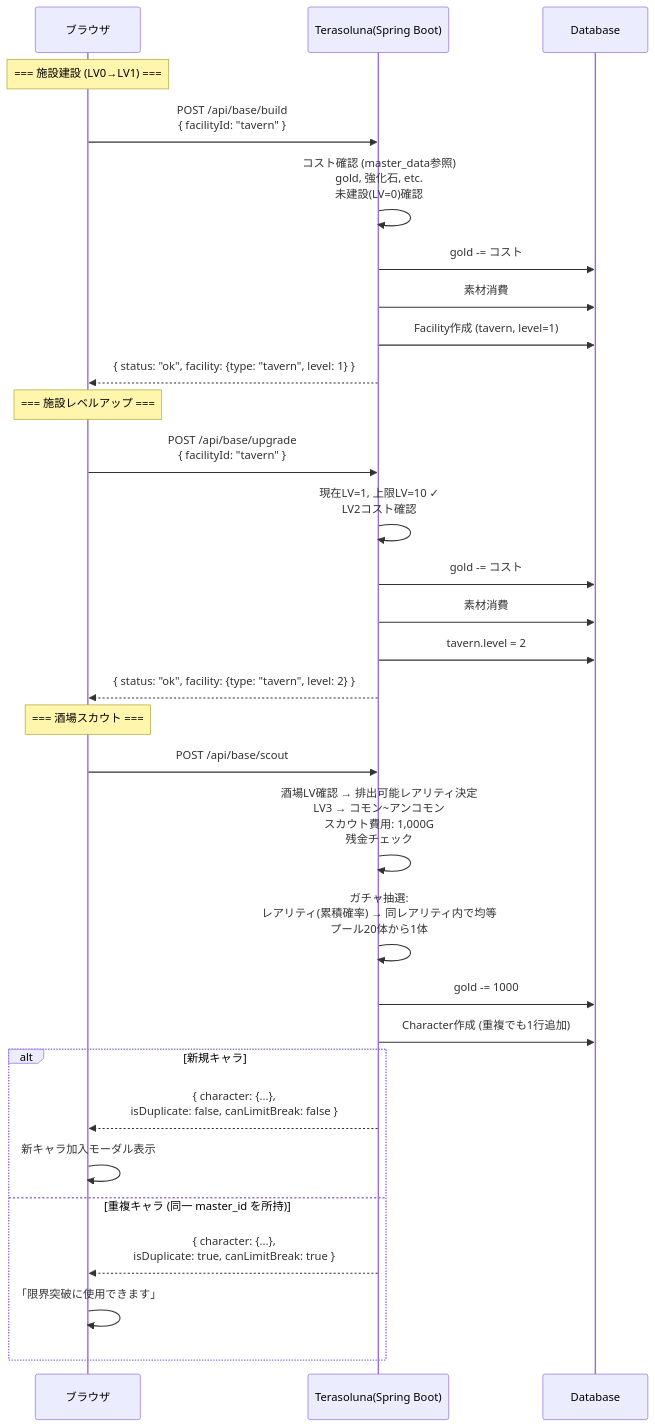
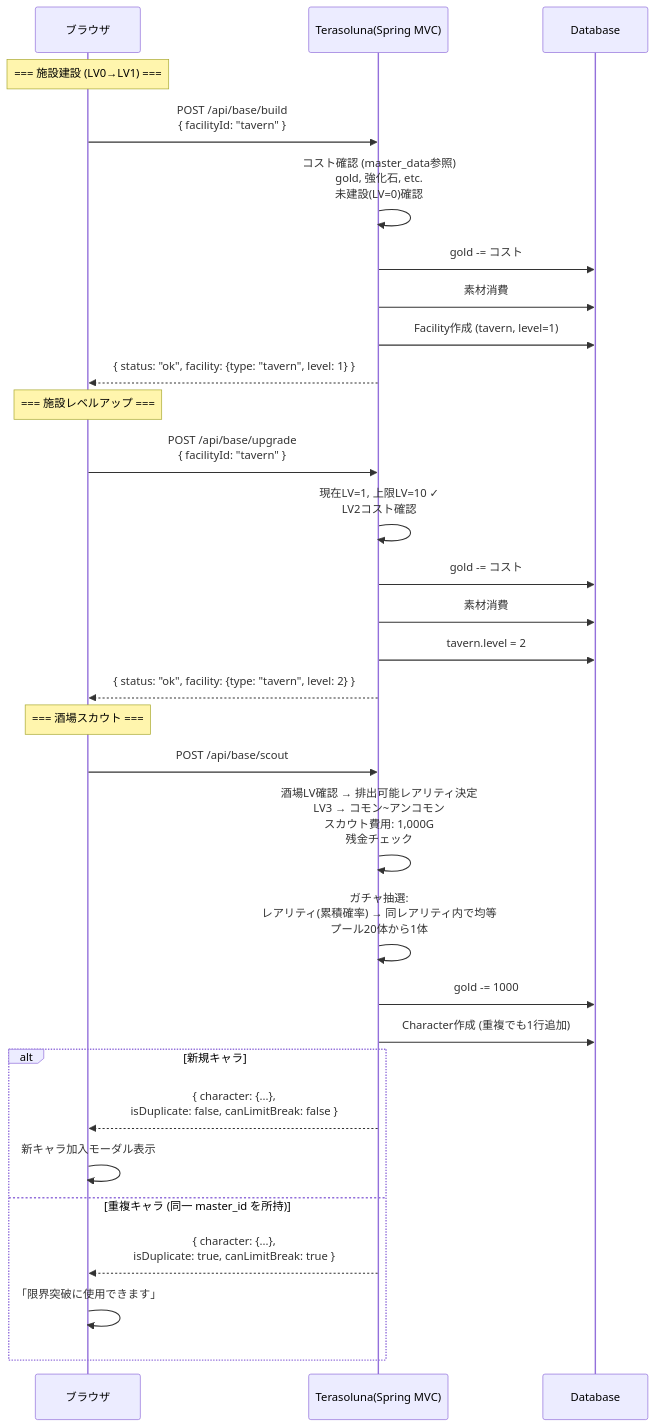
The first of 2 diagrams in docs/diagrams/api_sequence/base.md (dateeee/2026_AFKGAME), drawn with Mermaid before and after one commit. The commit also changed other lines of this file and 40 other files, not shown here.

````diff
--- a/docs/diagrams/api_sequence/base.md
+++ b/docs/diagrams/api_sequence/base.md
@@ -7,48 +7,48 @@
 ```mermaid
 %%{init: {'theme': 'default', 'sequence': {'actorFontSize': 18, 'messageFontSize': 16, 'noteFontSize': 14}} }%%
 sequenceDiagram
     participant B as ブラウザ
-    participant API as Terasoluna(Spring Boot)
+    participant API as Terasoluna(Spring MVC)
     participant DB as Database
 
     Note over B: === 施設建設 (LV0→LV1) ===
 
     B->>API: POST /api/base/build<br/>{ facilityId: "tavern" }
 
     API->>API: コスト確認 (master_data参照)<br/>gold, 強化石, etc.<br/>未建設(LV=0)確認
 
     API->>DB: gold -= コスト
     API->>DB: 素材消費
     API->>DB: Facility作成 (tavern, level=1)
     API-->>B: { status: "ok", facility: {type: "tavern", level: 1} }
 
     Note over B: === 施設レベルアップ ===
 
     B->>API: POST /api/base/upgrade<br/>{ facilityId: "tavern" }
 
     API->>API: 現在LV=1, 上限LV=10 ✓<br/>LV2コスト確認
 
     API->>DB: gold -= コスト
     API->>DB: 素材消費
     API->>DB: tavern.level = 2
     API-->>B: { status: "ok", facility: {type: "tavern", level: 2} }
 
     Note over B: === 酒場スカウト ===
 
     B->>API: POST /api/base/scout
 
     API->>API: 酒場LV確認 → 排出可能レアリティ決定<br/>LV3 → コモン~アンコモン<br/>スカウト費用: 1,000G<br/>残金チェック
 
     API->>API: ガチャ抽選:<br/>レアリティ(累積確率) → 同レアリティ内で均等<br/>プール20体から1体
 
     API->>DB: gold -= 1000
     API->>DB: Character作成 (重複でも1行追加)
 
     alt 新規キャラ
         API-->>B: { character: {...},<br/>  isDuplicate: false, canLimitBreak: false }
         B->>B: 新キャラ加入モーダル表示
     else 重複キャラ (同一 master_id を所持)
         API-->>B: { character: {...},<br/>  isDuplicate: true, canLimitBreak: true }
         B->>B: 「限界突破に使用できます」
     end
 ```
````
